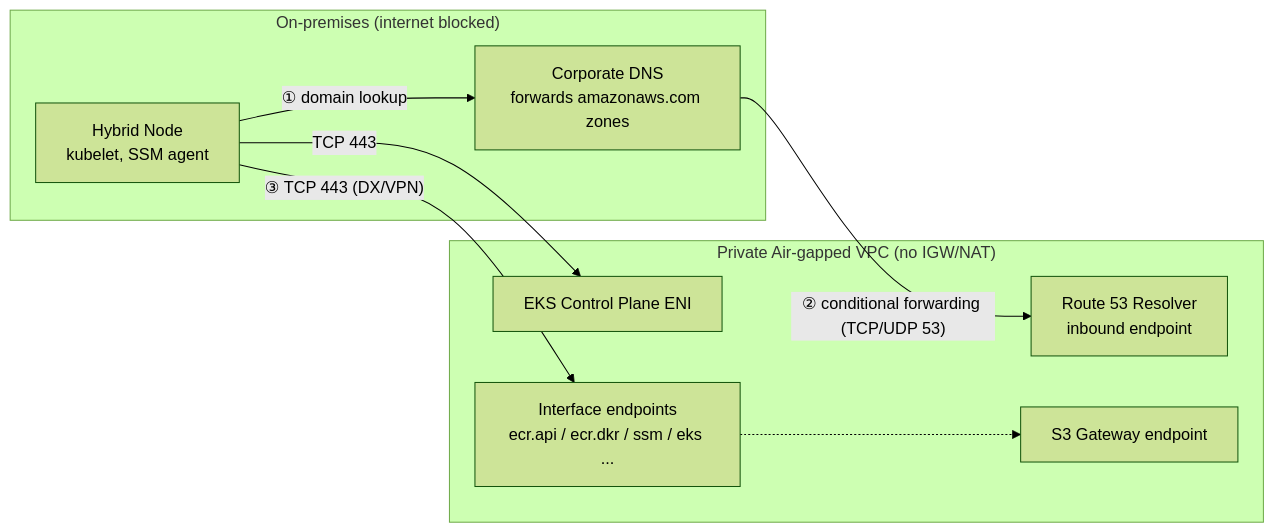
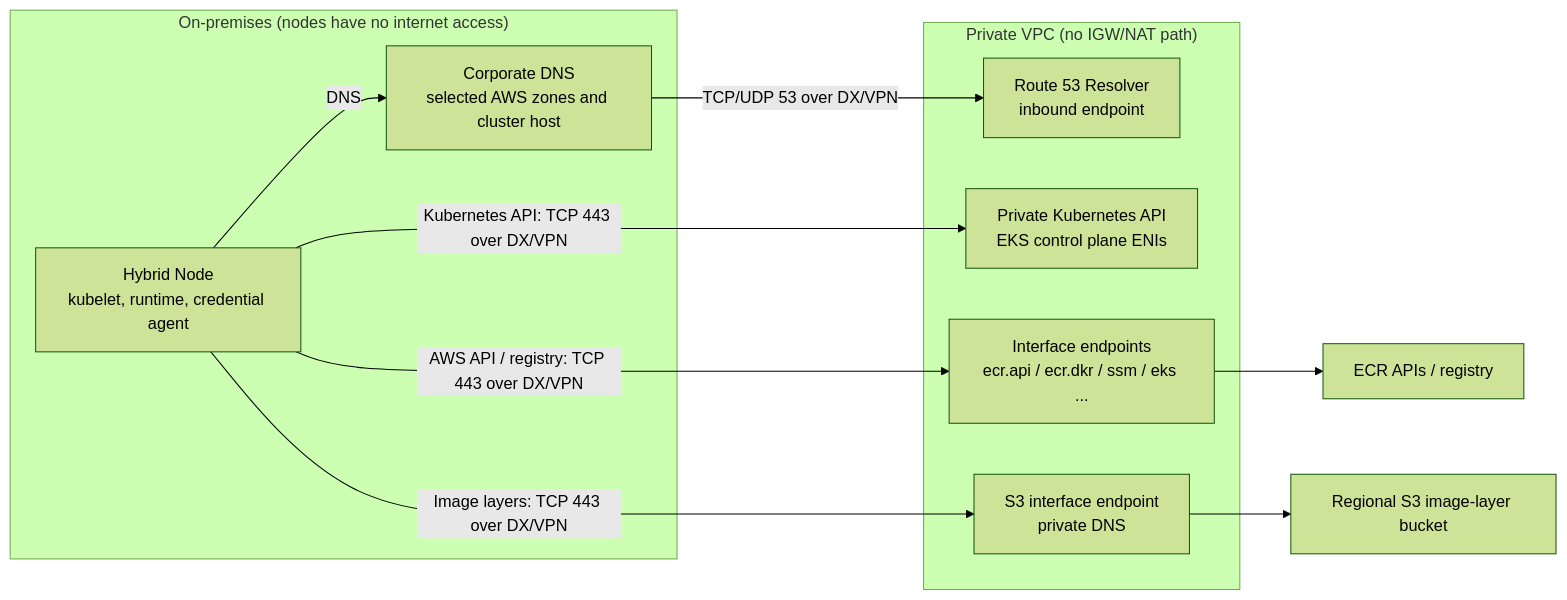
The diagram in i18n/en/docusaurus-plugin-content-docs/current/eks-hybrid-nodes/networking/private-vpc-endpoints.md (devfloor9/engineering-playbook), drawn with Mermaid (forest theme) before and after one commit. The commit also changed other lines of this file and 3 other files, not shown here.

First line of the commit message:
Correct private endpoint paths for EKS Hybrid Nodes

````diff
--- a/i18n/en/docusaurus-plugin-content-docs/current/eks-hybrid-nodes/networking/private-vpc-endpoints.md
+++ b/i18n/en/docusaurus-plugin-content-docs/current/eks-hybrid-nodes/networking/private-vpc-endpoints.md
@@ -93,18 +128,22 @@
 ```mermaid
 flowchart LR
-    subgraph ONPREM["On-premises (internet blocked)"]
-        HN["Hybrid Node<br/>kubelet, SSM agent"]
-        DNS["Corporate DNS<br/>forwards amazonaws.com zones"]
+    subgraph ONPREM["On-premises (nodes have no internet access)"]
+        HN["Hybrid Node<br/>kubelet, runtime, credential agent"]
+        DNS["Corporate DNS<br/>selected AWS zones and cluster host"]
     end
-    subgraph VPC["Private Air-gapped VPC (no IGW/NAT)"]
+    subgraph VPC["Private VPC (no IGW/NAT path)"]
         RIN["Route 53 Resolver<br/>inbound endpoint"]
-        ENI["EKS Control Plane ENI"]
+        ENI["Private Kubernetes API<br/>EKS control plane ENIs"]
         VPCE["Interface endpoints<br/>ecr.api / ecr.dkr / ssm / eks ..."]
-        S3GW["S3 Gateway endpoint"]
+        S3IF["S3 interface endpoint<br/>private DNS"]
     end
-    HN -- "① domain lookup" --> DNS
-    DNS -- "② conditional forwarding (TCP/UDP 53)" --> RIN
-    HN -- "③ TCP 443 (DX/VPN)" --> VPCE
-    HN -- "TCP 443" --> ENI
-    VPCE -.-> S3GW
+    ECR["ECR APIs / registry"]
+    S3["Regional S3 image-layer bucket"]
+    HN -- "DNS" --> DNS
+    DNS -- "TCP/UDP 53 over DX/VPN" --> RIN
+    HN -- "Kubernetes API: TCP 443 over DX/VPN" --> ENI
+    HN -- "AWS API / registry: TCP 443 over DX/VPN" --> VPCE
+    VPCE --> ECR
+    HN -- "Image layers: TCP 443 over DX/VPN" --> S3IF
+    S3IF --> S3
 ```
````
